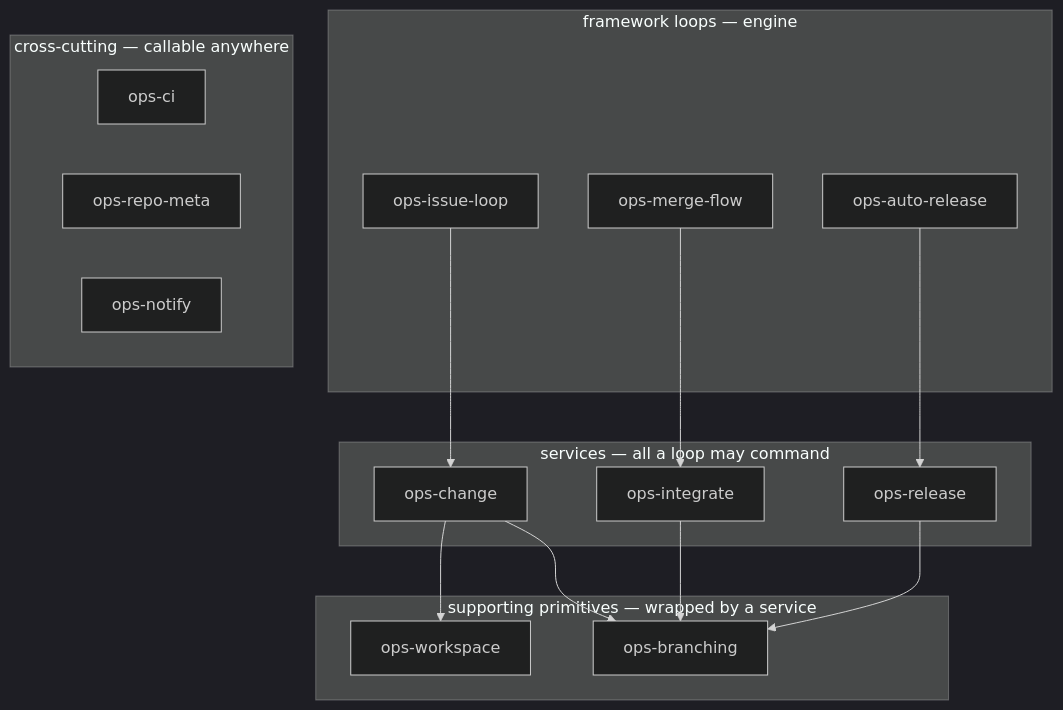
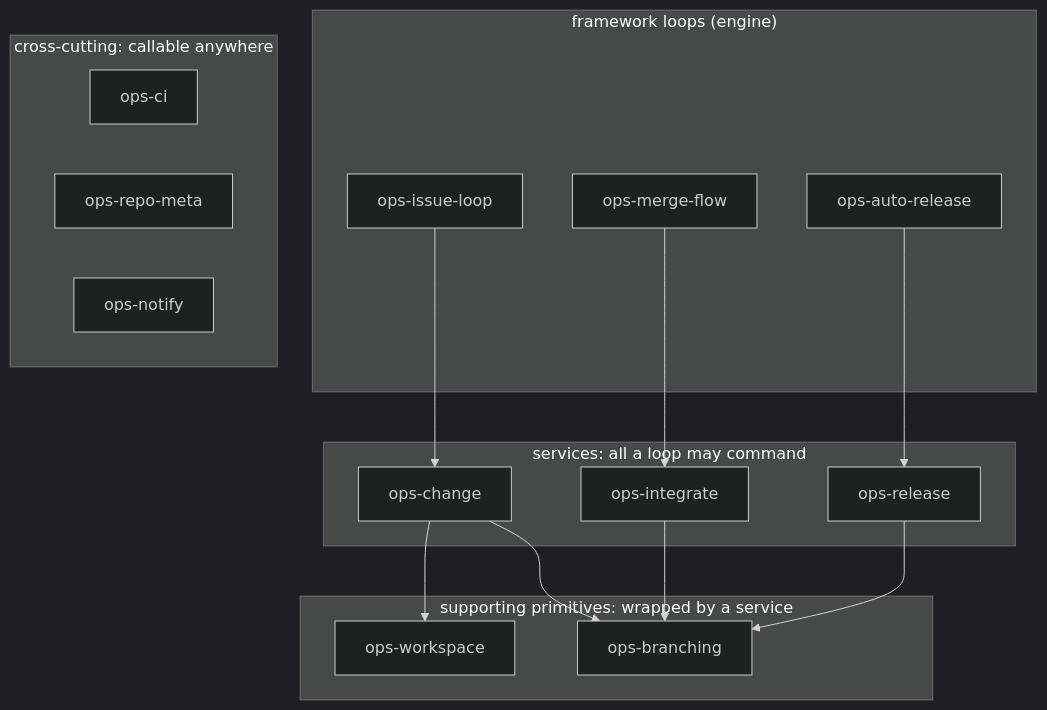
One commit to umbraco/umbraco-ai-ops changed the third of 3 diagrams in README.md. Above: the diagram before and after it, drawn with Mermaid (dark theme). The commit also changed other lines of this file, not shown here.

````diff
--- a/README.md
+++ b/README.md
@@ -158,29 +161,29 @@
 ```mermaid
 flowchart TD
-  subgraph L["framework loops — engine"]
+  subgraph L["framework loops (engine)"]
     IL[ops-issue-loop]
     MF[ops-merge-flow]
     AR[ops-auto-release]
   end
-  subgraph S["services — all a loop may command"]
+  subgraph S["services: all a loop may command"]
     CH[ops-change]
     IN[ops-integrate]
     RE[ops-release]
   end
-  subgraph P["supporting primitives — wrapped by a service"]
+  subgraph P["supporting primitives: wrapped by a service"]
     BR[ops-branching]
     WS[ops-workspace]
   end
-  subgraph X["cross-cutting — callable anywhere"]
+  subgraph X["cross-cutting: callable anywhere"]
     CI[ops-ci]
     RM[ops-repo-meta]
     NO[ops-notify]
   end
   IL --> CH
   MF --> IN
   AR --> RE
   CH --> WS
   CH --> BR
   IN --> BR
   RE --> BR
 ```
````
